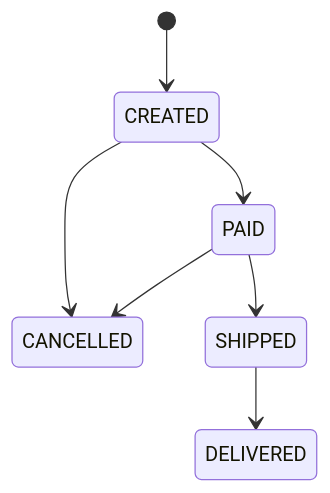
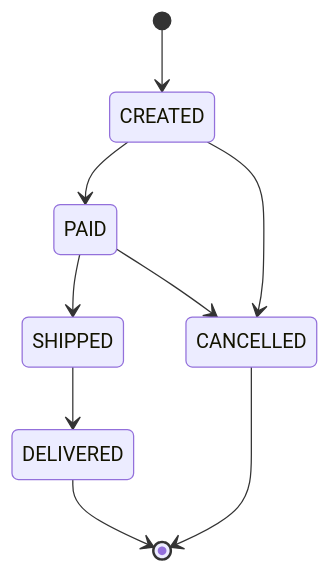
Before and after one commit to naveecode/orderflow-api: the third of 3 diagrams in README.md, drawn with Mermaid. The commit also changed other lines of this file and 1 other file, not shown here.

````diff
--- a/README.md
+++ b/README.md
@@ -93,9 +95,11 @@
 ```mermaid
 stateDiagram-v2
   [*] --> CREATED
   CREATED --> PAID
   CREATED --> CANCELLED
   PAID --> SHIPPED
   PAID --> CANCELLED
   SHIPPED --> DELIVERED
+  DELIVERED --> [*]
+  CANCELLED --> [*]
 ```
````
